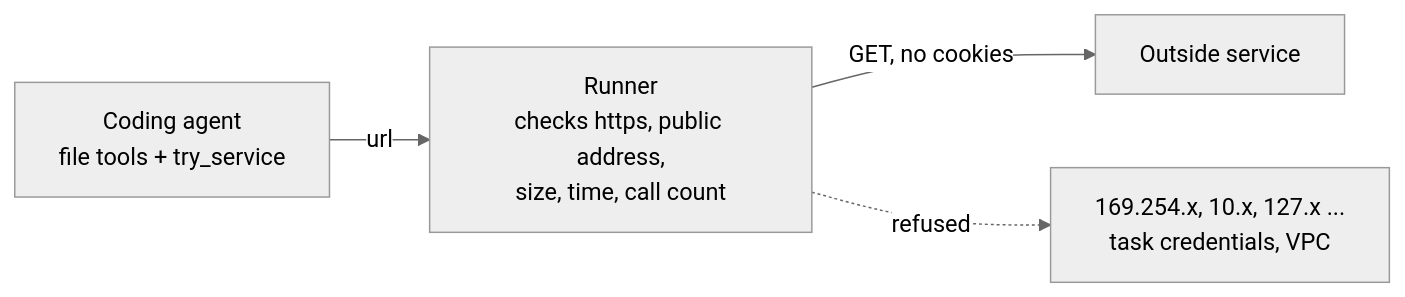
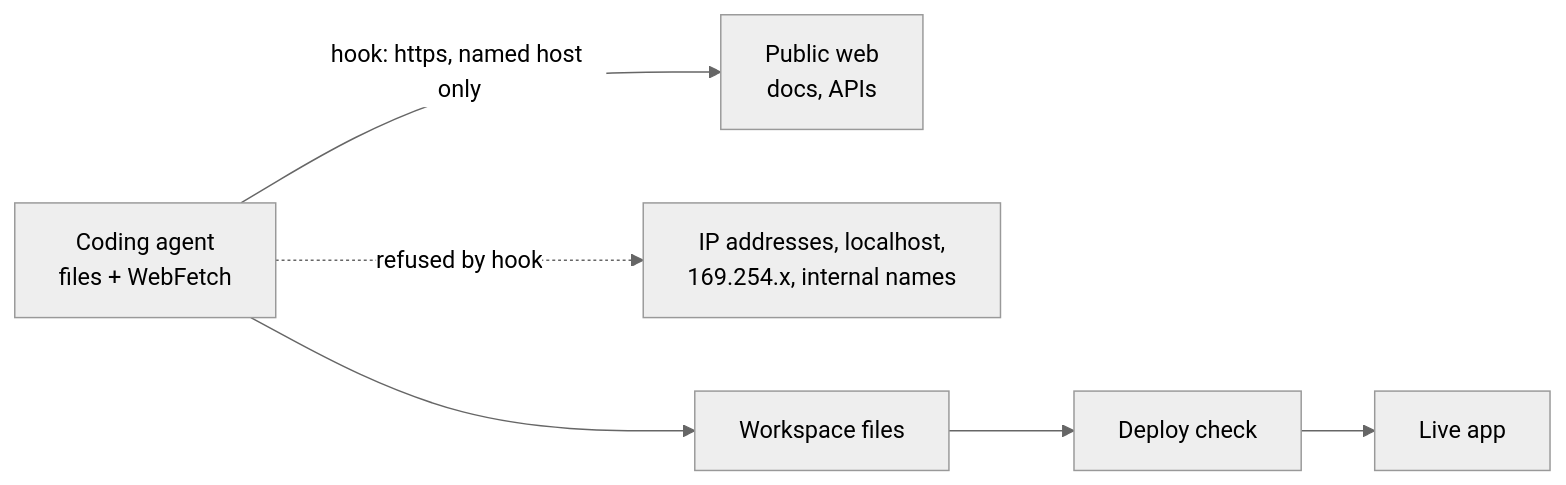
The third of 3 diagrams in docs/phases/phase-2.md (kifbv/ssd-workshop), drawn with Mermaid (neutral theme) before and after one commit. The commit also changed other lines of this file and 1 other file, not shown here.

First line of the commit message:
Phase 2 brief: ticket 2.15 gives the coding agent the full web tool (Franck's choice)

````diff
--- a/docs/phases/phase-2.md
+++ b/docs/phases/phase-2.md
@@ -260,6 +260,6 @@
 ```mermaid
 flowchart LR
-  agent[Coding agent<br/>file tools + try_service] -->|url| runner[Runner<br/>checks https, public address,<br/>size, time, call count]
-  runner -->|GET, no cookies| svc[Outside service]
-  runner -. refused .-> meta[169.254.x, 10.x, 127.x ...<br/>task credentials, VPC]
+  agent[Coding agent<br/>files + WebFetch] -->|hook: https, named host only| web[Public web<br/>docs, APIs]
+  agent -. refused by hook .-> meta[IP addresses, localhost,<br/>169.254.x, internal names]
+  agent --> files[Workspace files] --> check[Deploy check] --> live[Live app]
 ```
````
